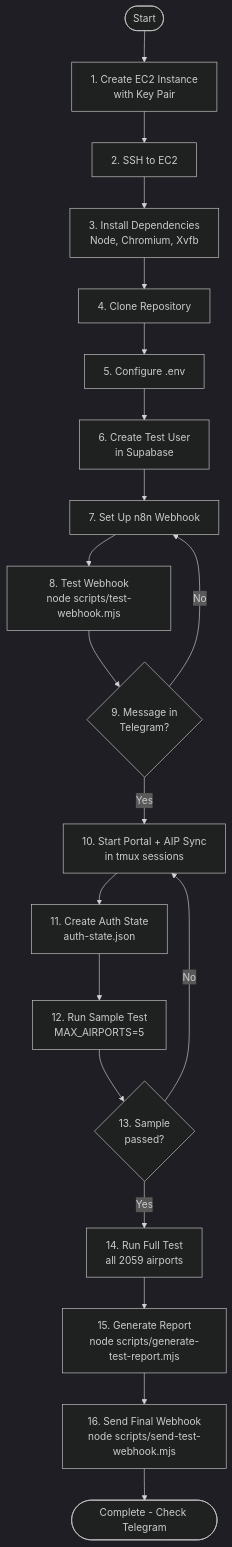
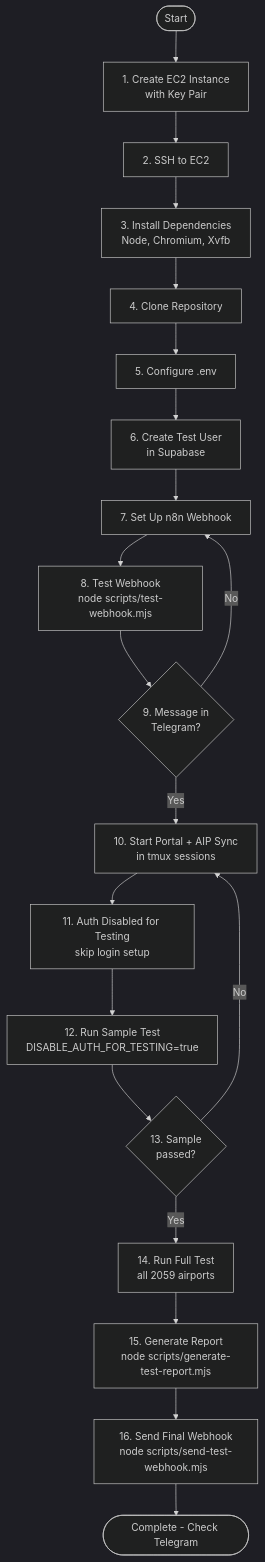
One commit to UNIxyty/clearway-2 changed the diagram in docs/E2E-COMPLETE-TUTORIAL.md. Above: the diagram before and after it, drawn with Mermaid (dark theme). The commit also changed other lines of this file and 3 other files, not shown here.

First line of the commit message:
Disable auth for isolated E2E testing flow

````diff
--- a/docs/E2E-COMPLETE-TUTORIAL.md
+++ b/docs/E2E-COMPLETE-TUTORIAL.md
@@ -1397,41 +1343,41 @@
 ```mermaid
 graph TB
     Start([Start])
     CreateEC2[1. Create EC2 Instance<br/>with Key Pair]
     SSH[2. SSH to EC2]
     InstallDeps[3. Install Dependencies<br/>Node, Chromium, Xvfb]
     CloneRepo[4. Clone Repository]
     ConfigEnv[5. Configure .env]
     CreateTestUser[6. Create Test User<br/>in Supabase]
     SetupWebhook[7. Set Up n8n Webhook]
     TestWebhook[8. Test Webhook<br/>node scripts/test-webhook.mjs]
     VerifyTelegram{9. Message in<br/>Telegram?}
     StartServices[10. Start Portal + AIP Sync<br/>in tmux sessions]
-    SetupAuth[11. Create Auth State<br/>auth-state.json]
-    SampleTest[12. Run Sample Test<br/>MAX_AIRPORTS=5]
+    AuthDisabled[11. Auth Disabled for Testing<br/>skip login setup]
+    SampleTest[12. Run Sample Test<br/>DISABLE_AUTH_FOR_TESTING=true]
     CheckSample{13. Sample<br/>passed?}
     FullTest[14. Run Full Test<br/>all 2059 airports]
     GenReport[15. Generate Report<br/>node scripts/generate-test-report.mjs]
     SendWebhook[16. Send Final Webhook<br/>node scripts/send-test-webhook.mjs]
     Done([Complete - Check Telegram])
     
     Start --> CreateEC2
     CreateEC2 --> SSH
     SSH --> InstallDeps
     InstallDeps --> CloneRepo
     CloneRepo --> ConfigEnv
     ConfigEnv --> CreateTestUser
     CreateTestUser --> SetupWebhook
     SetupWebhook --> TestWebhook
     TestWebhook --> VerifyTelegram
     VerifyTelegram -->|No| SetupWebhook
     VerifyTelegram -->|Yes| StartServices
-    StartServices --> SetupAuth
-    SetupAuth --> SampleTest
+    StartServices --> AuthDisabled
+    AuthDisabled --> SampleTest
     SampleTest --> CheckSample
     CheckSample -->|No| StartServices
     CheckSample -->|Yes| FullTest
     FullTest --> GenReport
     GenReport --> SendWebhook
     SendWebhook --> Done
 ```
````
